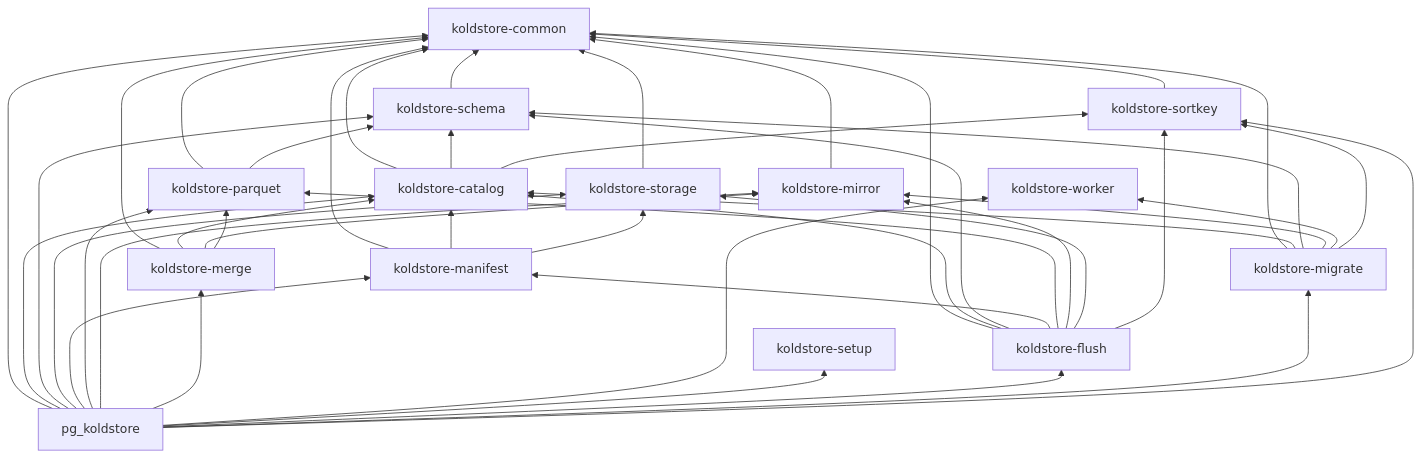
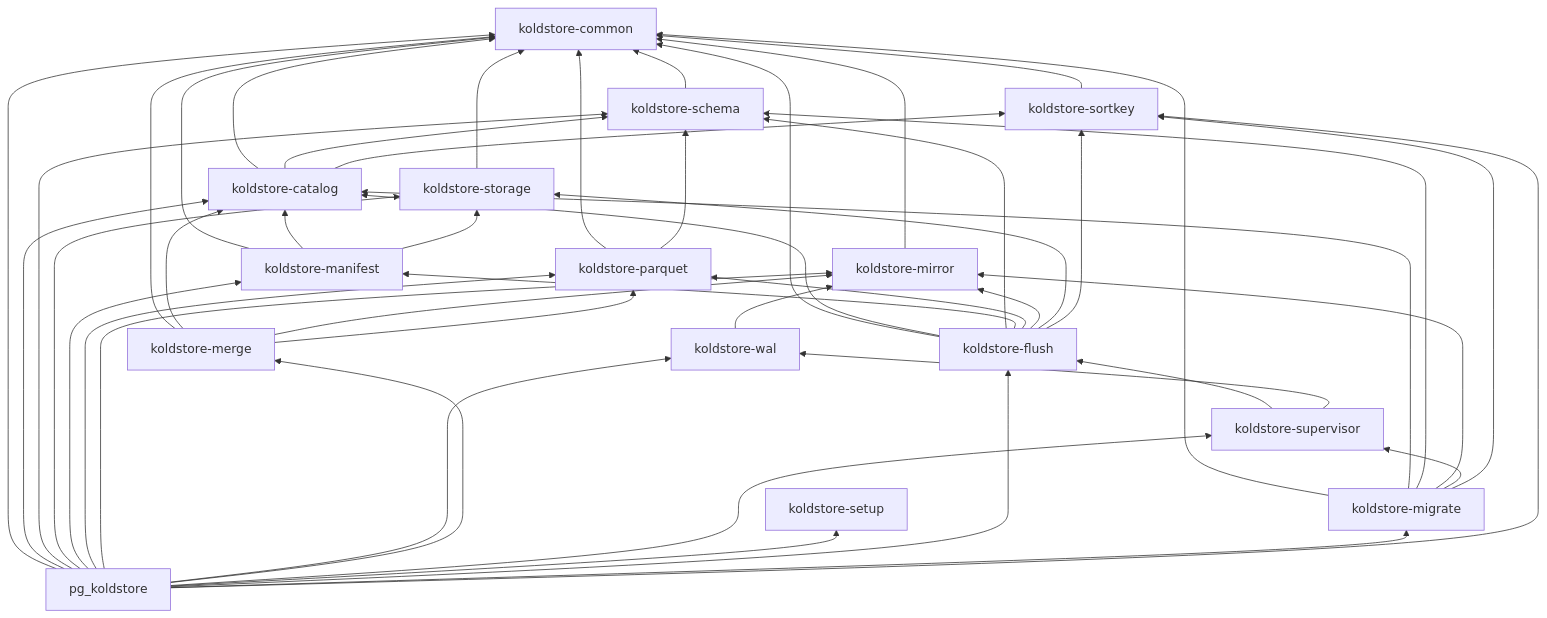
One commit to kalamdb/koldstore changed the diagram in docs/architecture/crate-architecture.md. Above: the diagram before and after it, drawn with Mermaid. The commit also changed other lines of this file, not shown here.

Commit message:
docs: describe supervisor flush and WAL hierarchy

````diff
--- a/docs/architecture/crate-architecture.md
+++ b/docs/architecture/crate-architecture.md
@@ -49,61 +75,66 @@
 ```mermaid
 flowchart BT
     common[koldstore-common]
     sortkey[koldstore-sortkey]
     catalog[koldstore-catalog]
     schema[koldstore-schema]
     storage[koldstore-storage]
     parquet[koldstore-parquet]
     manifest[koldstore-manifest]
     mirror[koldstore-mirror]
+    wal[koldstore-wal]
     merge[koldstore-merge]
-    worker[koldstore-worker]
     setup[koldstore-setup]
     flush[koldstore-flush]
+    supervisor[koldstore-supervisor]
     migrate[koldstore-migrate]
     pg[pg_koldstore]
 
     sortkey --> common
     catalog --> common
     catalog --> schema
     catalog --> sortkey
     schema --> common
     storage --> common
     parquet --> common
     parquet --> schema
     manifest --> common
     manifest --> catalog
     manifest --> storage
     mirror --> common
+    wal --> mirror
     merge --> common
     merge --> catalog
     merge --> mirror
     merge --> parquet
     flush --> common
     flush --> catalog
     flush --> schema
     flush --> manifest
     flush --> parquet
     flush --> mirror
     flush --> storage
     flush --> sortkey
+    supervisor --> flush
+    supervisor --> wal
     migrate --> common
     migrate --> catalog
     migrate --> schema
     migrate --> mirror
-    migrate --> worker
+    migrate --> supervisor
     migrate --> sortkey
     pg --> common
     pg --> catalog
     pg --> schema
     pg --> storage
     pg --> manifest
     pg --> parquet
     pg --> mirror
+    pg --> wal
     pg --> merge
-    pg --> worker
+    pg --> supervisor
     pg --> setup
     pg --> flush
     pg --> migrate
     pg --> sortkey
 ```
````
